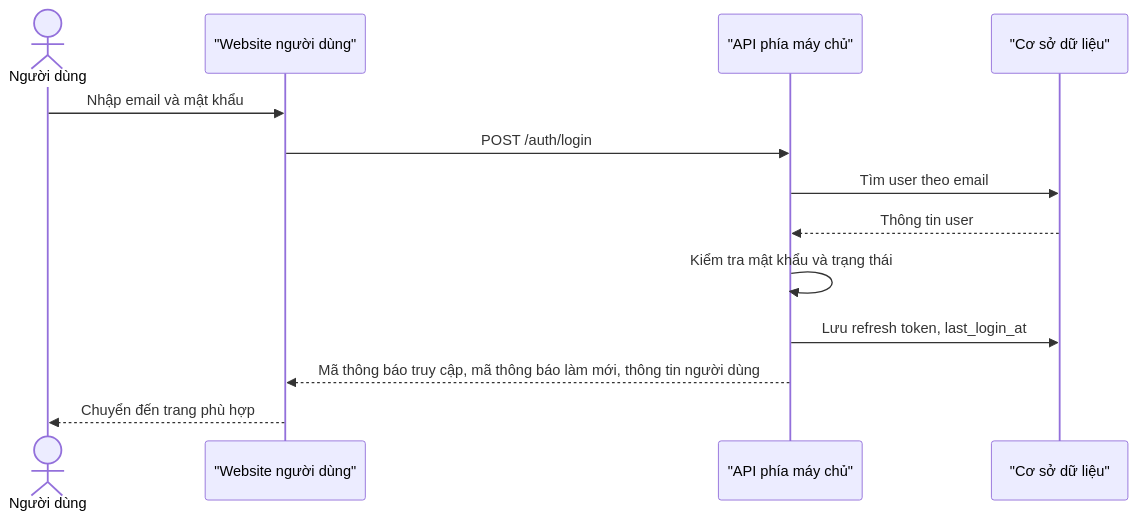
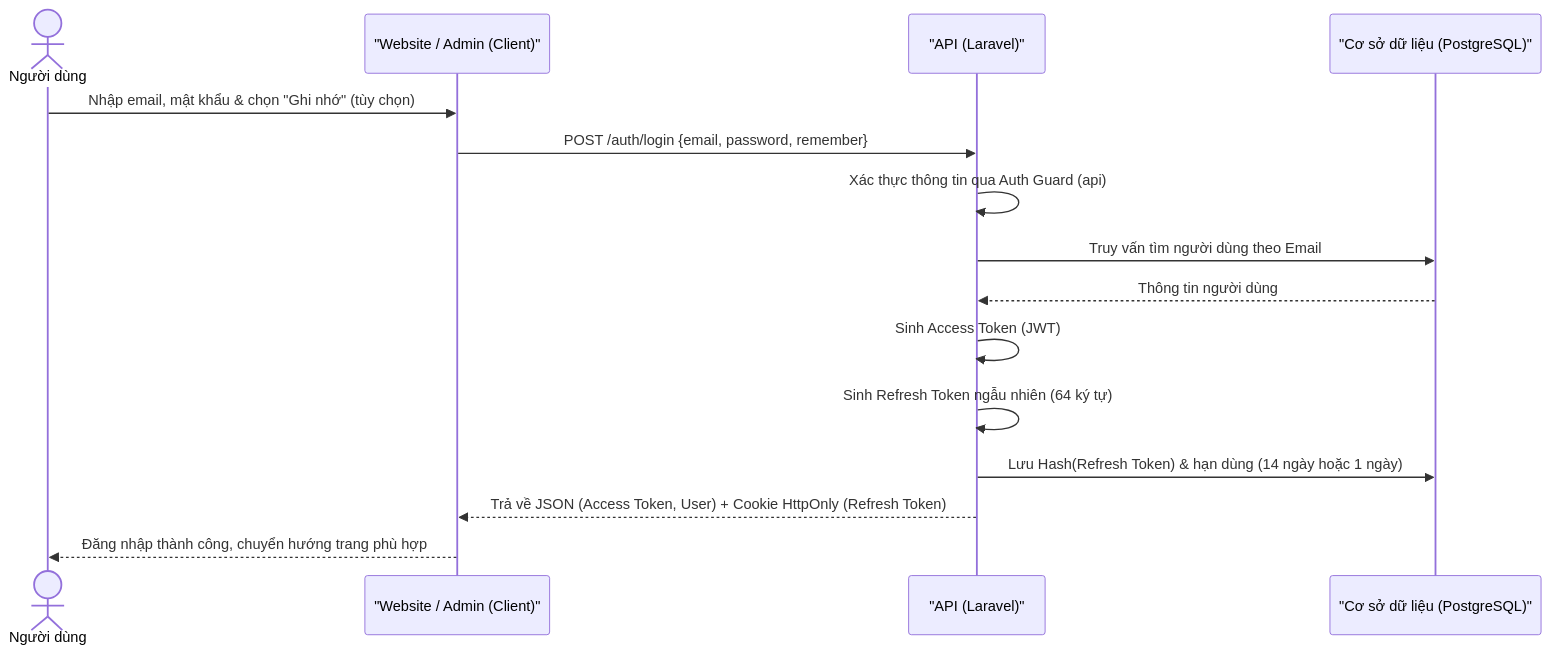
The fifth of 9 diagrams in bao-cao-do-an-danangtrip-md/03_chuong_2_phan_tich_thiet_ke_he_thong.md (TayDuyNguyen/DATN_Document), drawn with Mermaid before and after one commit. The commit also changed other lines of this file and 11 other files, not shown here.

````diff
--- a/bao-cao-do-an-danangtrip-md/03_chuong_2_phan_tich_thiet_ke_he_thong.md
+++ b/bao-cao-do-an-danangtrip-md/03_chuong_2_phan_tich_thiet_ke_he_thong.md
@@ -384,16 +398,18 @@
 ```mermaid
 sequenceDiagram
     actor U as Người dùng
-    participant W as "Website người dùng"
-    participant API as "API phía máy chủ"
-    participant DB as "Cơ sở dữ liệu"
+    participant W as "Website / Admin (Client)"
+    participant API as "API (Laravel)"
+    participant DB as "Cơ sở dữ liệu (PostgreSQL)"
 
-    U->>W: Nhập email và mật khẩu
-    W->>API: POST /auth/login
-    API->>DB: Tìm user theo email
-    DB-->>API: Thông tin user
-    API->>API: Kiểm tra mật khẩu và trạng thái
-    API->>DB: Lưu refresh token, last_login_at
-    API-->>W: Mã thông báo truy cập, mã thông báo làm mới, thông tin người dùng
-    W-->>U: Chuyển đến trang phù hợp
+    U->>W: Nhập email, mật khẩu & chọn "Ghi nhớ" (tùy chọn)
+    W->>API: POST /auth/login {email, password, remember}
+    API->>API: Xác thực thông tin qua Auth Guard (api)
+    API->>DB: Truy vấn tìm người dùng theo Email
+    DB-->>API: Thông tin người dùng
+    API->>API: Sinh Access Token (JWT)
+    API->>API: Sinh Refresh Token ngẫu nhiên (64 ký tự)
+    API->>DB: Lưu Hash(Refresh Token) & hạn dùng (14 ngày hoặc 1 ngày)
+    API-->>W: Trả về JSON (Access Token, User) + Cookie HttpOnly (Refresh Token)
+    W-->>U: Đăng nhập thành công, chuyển hướng trang phù hợp
 ```
````
